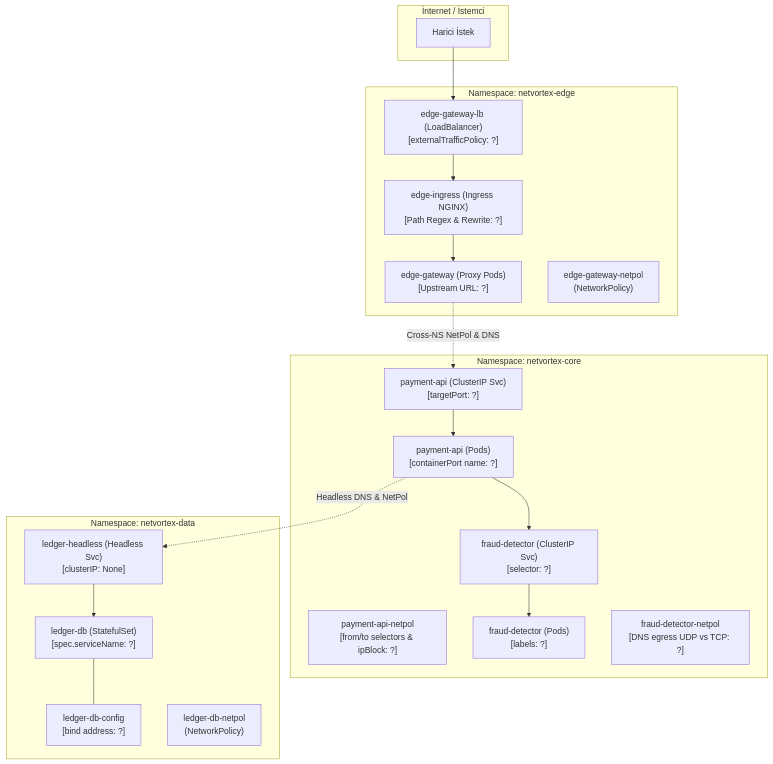
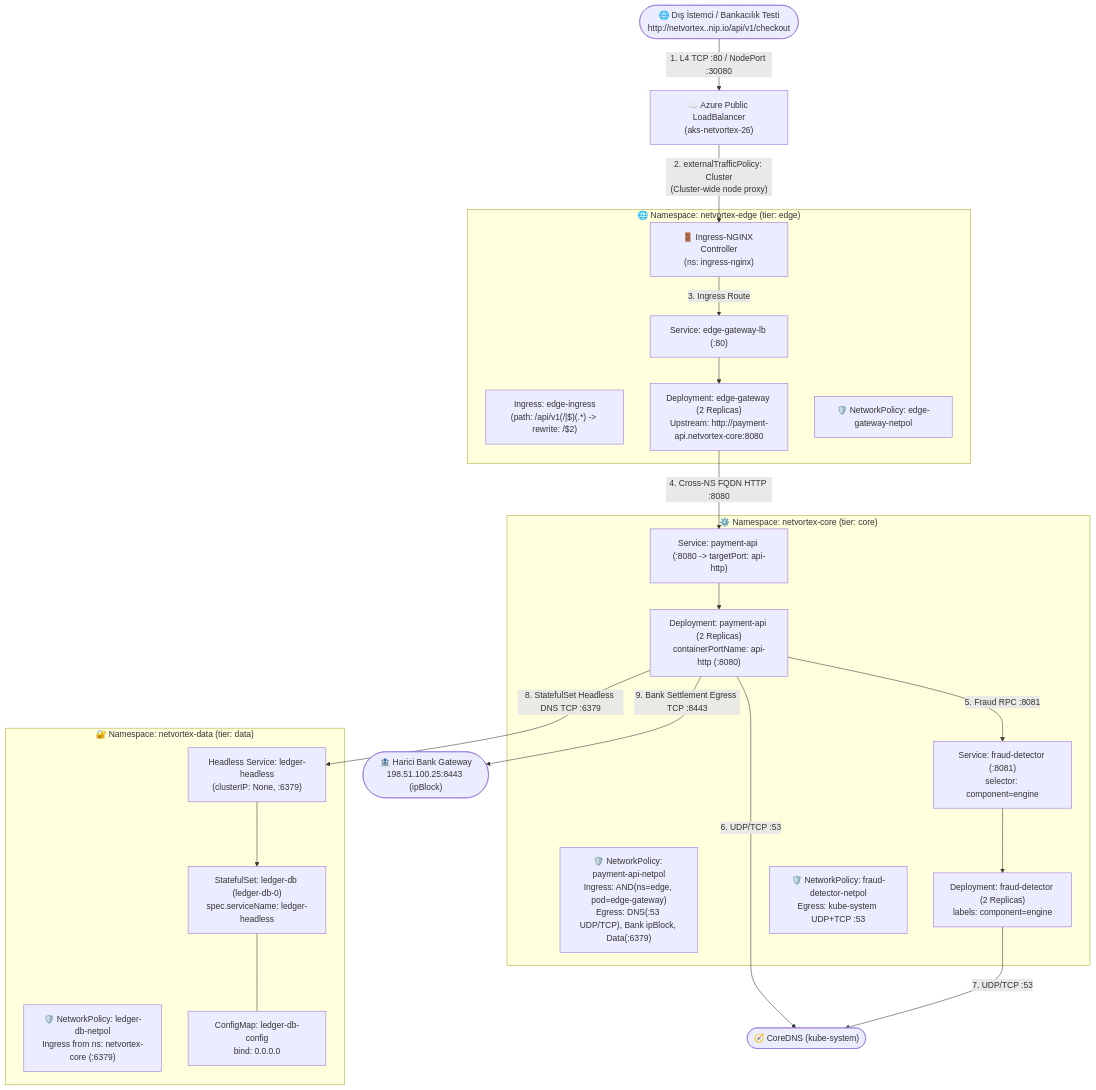
The diagram in troubleshoot/k8-troubleshoot-26/README.md (YusufKaya00/k8s-hands-on-labs), drawn with Mermaid before and after one commit. The commit also changed other lines of this file, not shown here.

````diff
--- a/troubleshoot/k8-troubleshoot-26/README.md
+++ b/troubleshoot/k8-troubleshoot-26/README.md
@@ -30,41 +56,46 @@
 ```mermaid
 flowchart TD
-    subgraph Client["İnternet / İstemci"]
-        C[Harici İstek]
+    Client(["🌐 Dış İstemci / Bankacılık Testi<br/>http://netvortex.<IP>.nip.io/api/v1/checkout"]) -->|"1. L4 TCP :80 / NodePort :30080"| AzureLB["☁️ Azure Public LoadBalancer<br/>(aks-netvortex-26)"]
+    
+    AzureLB -->|"2. externalTrafficPolicy: Cluster<br/>(Cluster-wide node proxy)"| IngNode["🚪 Ingress-NGINX Controller<br/>(ns: ingress-nginx)"]
+
+    subgraph EdgeNS ["🌐 Namespace: netvortex-edge (tier: edge)"]
+        IngObj["Ingress: edge-ingress<br/>(path: /api/v1(/|$)(.*) -> rewrite: /$2)"]
+        EdgeSvc["Service: edge-gateway-lb (:80)"]
+        EdgePod["Deployment: edge-gateway (2 Replicas)<br/>Upstream: http://payment-api.netvortex-core:8080"]
+        EdgeNP["🛡️ NetworkPolicy: edge-gateway-netpol"]
+        
+        IngNode -->|"3. Ingress Route"| EdgeSvc
+        EdgeSvc --> EdgePod
     end
 
-    subgraph Edge["Namespace: netvortex-edge"]
-        LB["edge-gateway-lb (LoadBalancer)\n[externalTrafficPolicy: ?]"]
-        ING["edge-ingress (Ingress NGINX)\n[Path Regex & Rewrite: ?]"]
-        EP["edge-gateway (Proxy Pods)\n[Upstream URL: ?]"]
-        NP_EDGE["edge-gateway-netpol\n(NetworkPolicy)"]
+    subgraph CoreNS ["⚙️ Namespace: netvortex-core (tier: core)"]
+        CoreNP["🛡️ NetworkPolicy: payment-api-netpol<br/>Ingress: AND(ns=edge, pod=edge-gateway)<br/>Egress: DNS(:53 UDP/TCP), Bank ipBlock, Data(:6379)"]
+        CoreSvc["Service: payment-api (:8080 -> targetPort: api-http)"]
+        CorePod["Deployment: payment-api (2 Replicas)<br/>containerPortName: api-http (:8080)"]
+        
+        FDSvc["Service: fraud-detector (:8081)<br/>selector: component=engine"]
+        FDPod["Deployment: fraud-detector (2 Replicas)<br/>labels: component=engine"]
+        FDNP["🛡️ NetworkPolicy: fraud-detector-netpol<br/>Egress: kube-system UDP+TCP :53"]
+
+        EdgePod -->|"4. Cross-NS FQDN HTTP :8080"| CoreSvc
+        CoreSvc --> CorePod
+        CorePod -->|"5. Fraud RPC :8081"| FDSvc
+        FDSvc --> FDPod
     end
 
-    subgraph Core["Namespace: netvortex-core"]
-        SVC_API["payment-api (ClusterIP Svc)\n[targetPort: ?]"]
-        POD_API["payment-api (Pods)\n[containerPort name: ?]"]
-        NP_API["payment-api-netpol\n[from/to selectors & ipBlock: ?]"]
-        
-        SVC_FD["fraud-detector (ClusterIP Svc)\n[selector: ?]"]
-        POD_FD["fraud-detector (Pods)\n[labels: ?]"]
-        NP_FD["fraud-detector-netpol\n[DNS egress UDP vs TCP: ?]"]
+    subgraph DataNS ["🔐 Namespace: netvortex-data (tier: data)"]
+        DataNP["🛡️ NetworkPolicy: ledger-db-netpol<br/>Ingress from ns: netvortex-core (:6379)"]
+        HeadlessSvc["Headless Service: ledger-headless<br/>(clusterIP: None, :6379)"]
+        LedgerSTS["StatefulSet: ledger-db (ledger-db-0)<br/>spec.serviceName: ledger-headless"]
+        LedgerCM["ConfigMap: ledger-db-config<br/>bind: 0.0.0.0"]
+
+        HeadlessSvc --> LedgerSTS
+        LedgerSTS --- LedgerCM
     end
 
-    subgraph Data["Namespace: netvortex-data"]
-        SVC_HL["ledger-headless (Headless Svc)\n[clusterIP: None]"]
-        STS_DB["ledger-db (StatefulSet)\n[spec.serviceName: ?]"]
-        CM_DB["ledger-db-config\n[bind address: ?]"]
-        NP_DATA["ledger-db-netpol\n(NetworkPolicy)"]
-    end
-
-    C --> LB
-    LB --> ING
-    ING --> EP
-    EP -.->|Cross-NS NetPol & DNS| SVC_API
-    SVC_API --> POD_API
-    POD_API --> SVC_FD
-    SVC_FD --> POD_FD
-    POD_API -.->|Headless DNS & NetPol| SVC_HL
-    SVC_HL --> STS_DB
-    STS_DB --- CM_DB
+    CorePod -->|"6. UDP/TCP :53"| CoreDNS(["🧭 CoreDNS (kube-system)"])
+    FDPod -->|"7. UDP/TCP :53"| CoreDNS
+    CorePod -->|"8. StatefulSet Headless DNS TCP :6379"| HeadlessSvc
+    CorePod -->|"9. Bank Settlement Egress TCP :8443"| ExtBank(["🏦 Harici Bank Gateway<br/>198.51.100.25:8443 (ipBlock)"])
 ```
````
